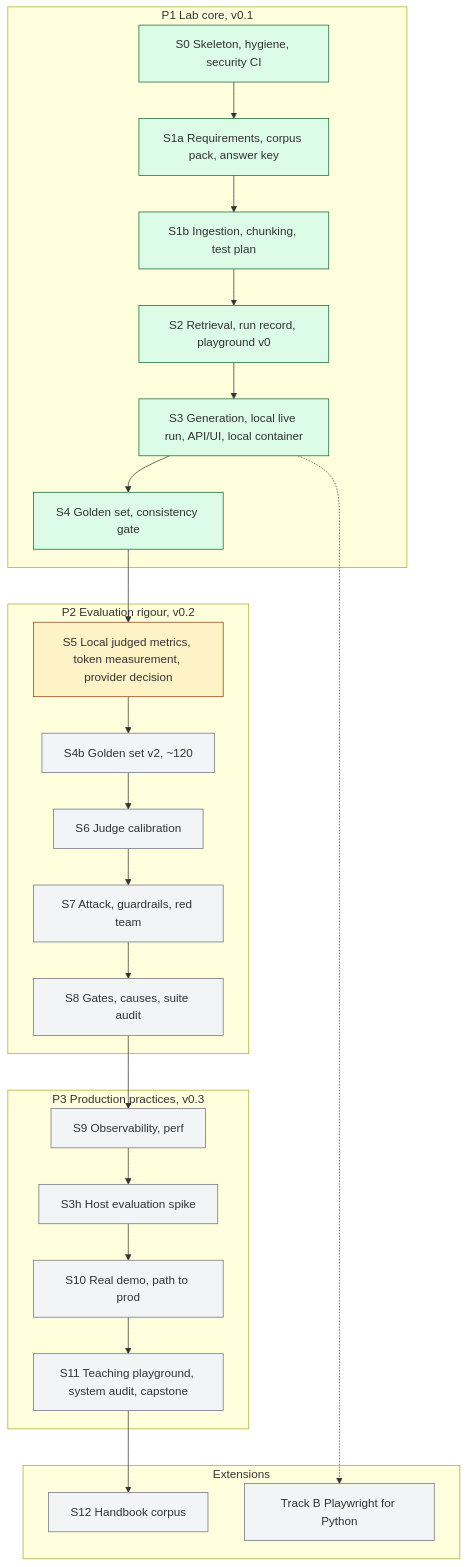
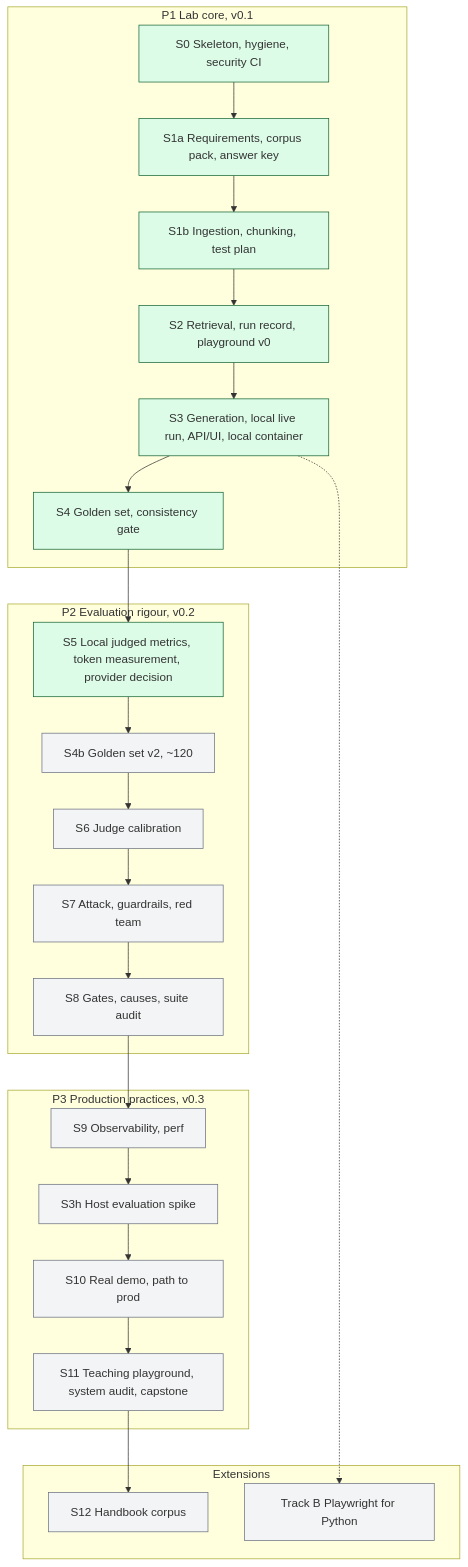
Before and after one commit to willcoliveira/ai-testing-rag-lab: the diagram in README.md, drawn with Mermaid. The commit also changed 6 other files, not shown here.

````diff
--- a/README.md
+++ b/README.md
@@ -23,26 +23,25 @@
 ```mermaid
 flowchart TB
   subgraph P1[P1 Lab core, v0.1]
     S0[S0 Skeleton, hygiene, security CI] --> S1a[S1a Requirements, corpus pack, answer key] --> S1b[S1b Ingestion, chunking, test plan] --> S2[S2 Retrieval, run record, playground v0] --> S3[S3 Generation, local live run, API/UI, local container] --> S4[S4 Golden set, consistency gate]
   end
   subgraph P2[P2 Evaluation rigour, v0.2]
     S5[S5 Local judged metrics, token measurement, provider decision] --> S4b[S4b Golden set v2, ~120] --> S6[S6 Judge calibration] --> S7[S7 Attack, guardrails, red team] --> S8[S8 Gates, causes, suite audit]
   end
   subgraph P3[P3 Production practices, v0.3]
     S9[S9 Observability, perf] --> S3h[S3h Host evaluation spike] --> S10[S10 Real demo, path to prod] --> S11[S11 Teaching playground, system audit, capstone]
   end
   subgraph EXT[Extensions]
     S12[S12 Handbook corpus]
     B[Track B Playwright for Python]
   end
   S4 --> S5
   S8 --> S9
   S11 --> S12
   S3 -.-> B
   classDef todo fill:#f3f4f6,stroke:#6b7280
   classDef wip fill:#fef3c7,stroke:#92400e
   classDef done fill:#dcfce7,stroke:#166534
-  class S0,S1a,S1b,S2,S3,S4 done
-  class S5 wip
+  class S0,S1a,S1b,S2,S3,S4,S5 done
   class S3h,S4b,S6,S7,S8,S9,S10,S11,S12,B todo
 ```
````
